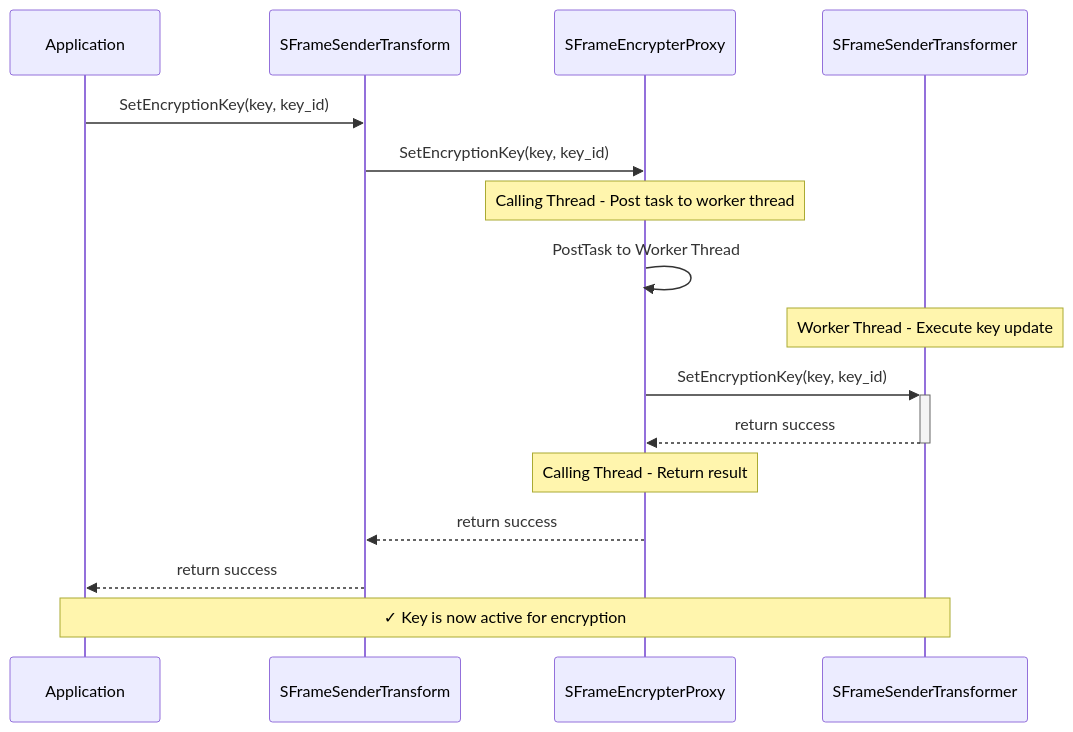
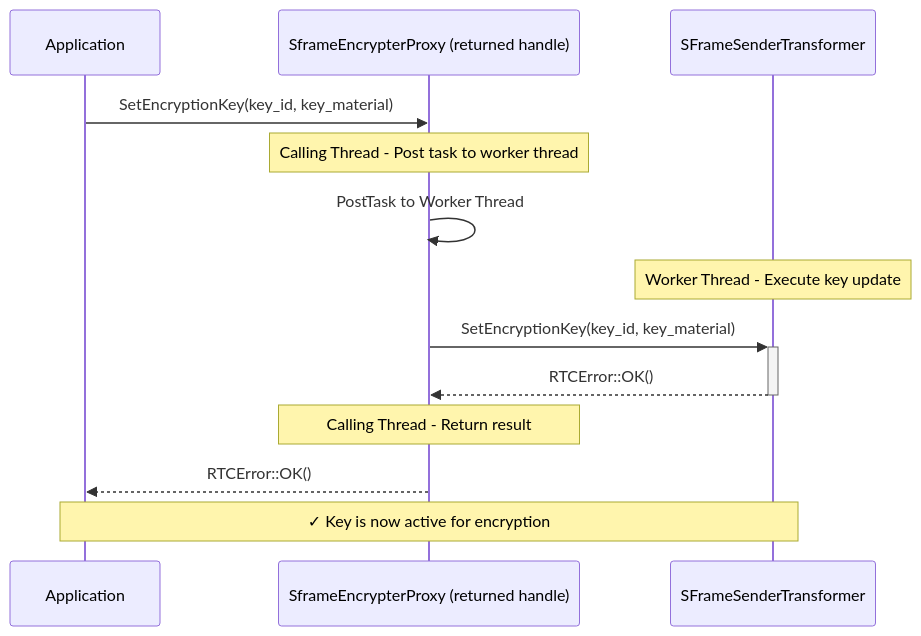
One commit to webex/webrtc-sframe changed diagram 11 of 20 in README.md. Above: the diagram before and after it, drawn with Mermaid. The commit also changed other lines of this file and 1 other file, not shown here.

````diff
--- a/README.md
+++ b/README.md
@@ -449,23 +389,20 @@
 ```mermaid
 sequenceDiagram
     participant App as Application
-    participant SenderTransform as SFrameSenderTransform
-    participant Proxy as SFrameEncrypterProxy
+    participant Proxy as SframeEncrypterProxy (returned handle)
     participant Transformer as SFrameSenderTransformer
 
-    App->>SenderTransform: SetEncryptionKey(key, key_id)
-    SenderTransform->>Proxy: SetEncryptionKey(key, key_id)
+    App->>Proxy: SetEncryptionKey(key_id, key_material)
     
     Note over Proxy: Calling Thread - Post task to worker thread
     Proxy->>Proxy: PostTask to Worker Thread
     
     Note over Transformer: Worker Thread - Execute key update
-    Proxy->>+Transformer: SetEncryptionKey(key, key_id)
-    Transformer-->>-Proxy: return success
+    Proxy->>+Transformer: SetEncryptionKey(key_id, key_material)
+    Transformer-->>-Proxy: RTCError::OK()
     
     Note over Proxy: Calling Thread - Return result
-    Proxy-->>SenderTransform: return success
-    SenderTransform-->>App: return success
+    Proxy-->>App: RTCError::OK()
     
     Note over App,Transformer: ✓ Key is now active for encryption
 ```
````
